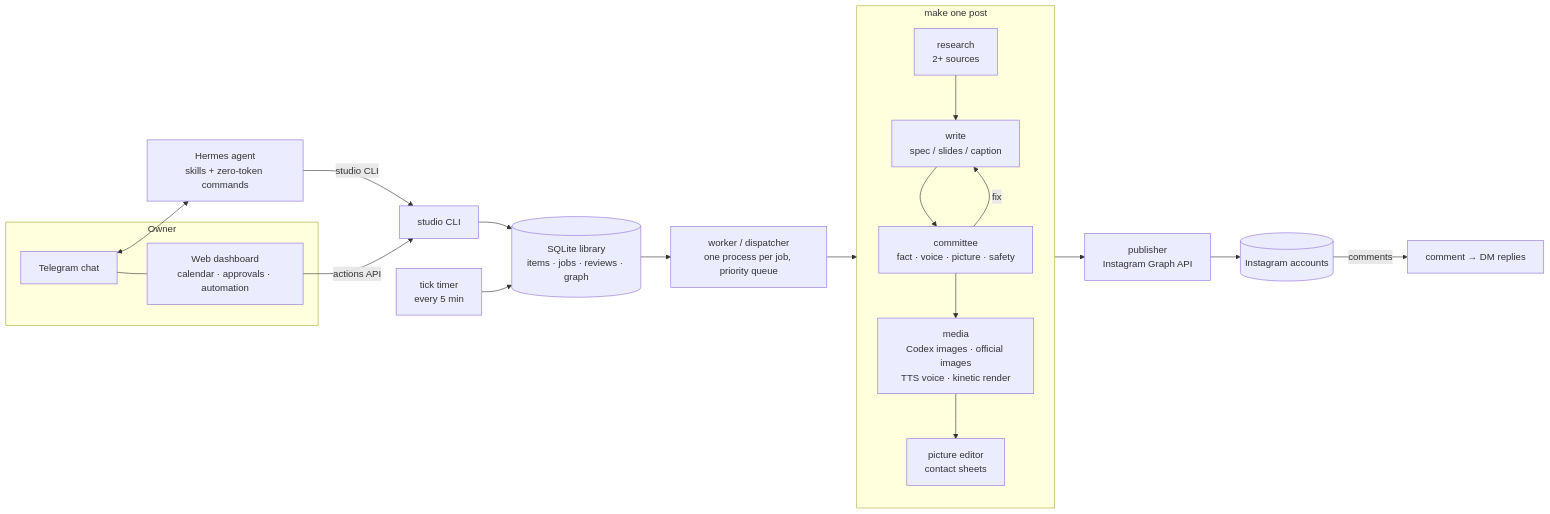
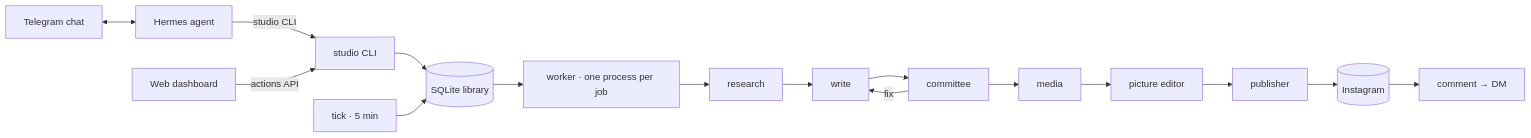
The diagram in README.md (Juni-crypto/auto-content-studio), drawn with Mermaid before and after one commit. The commit also changed other lines of this file and 6 other files, not shown here.

First line of the commit message:
README: illustrated walkthrough (architecture, committee, token lockdown, outputs, dashboard)

````diff
--- a/README.md
+++ b/README.md
@@ -10,21 +48,9 @@
 ```mermaid
 flowchart LR
-  subgraph Owner
-    TG[Telegram chat] --- DASH[Web dashboard<br/>calendar · approvals · automation]
-  end
-  TG <--> HERMES[Hermes agent<br/>skills + zero-token commands]
-  HERMES -->|studio CLI| CLI[studio CLI]
-  DASH -->|actions API| CLI
-  CLI --> DB[(SQLite library<br/>items · jobs · reviews · graph)]
-  TICK[tick timer<br/>every 5 min] --> DB
-  DB --> WORKER[worker / dispatcher<br/>one process per job, priority queue]
-  WORKER --> PIPE[pipeline]
-  subgraph PIPE[make one post]
-    R[research<br/>2+ sources] --> W[write<br/>spec / slides / caption] --> C[committee<br/>fact · voice · picture · safety]
-    C -->|fix| W
-    C --> M[media<br/>Codex images · official images<br/>TTS voice · kinetic render] --> E[picture editor<br/>contact sheets]
-  end
-  PIPE --> PUB[publisher<br/>Instagram Graph API]
-  PUB --> IG[(Instagram accounts)]
-  IG -->|comments| DM[comment → DM replies]
+  TG[Telegram chat] <--> HERMES[Hermes agent] -->|studio CLI| CLI[studio CLI]
+  DASH[Web dashboard] -->|actions API| CLI
+  CLI --> DB[(SQLite library)]
+  TICK[tick · 5 min] --> DB --> WORKER[worker · one process per job]
+  WORKER --> R[research] --> W[write] --> C[committee] -->|fix| W
+  C --> M[media] --> E[picture editor] --> PUB[publisher] --> IG[(Instagram)] --> DM[comment → DM]
 ```
````
